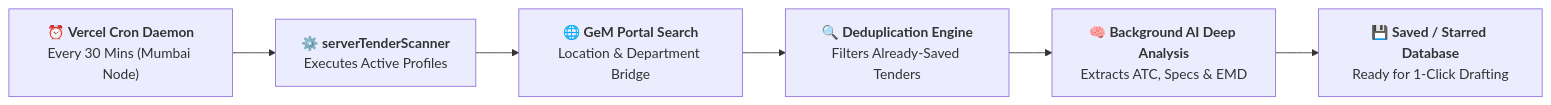
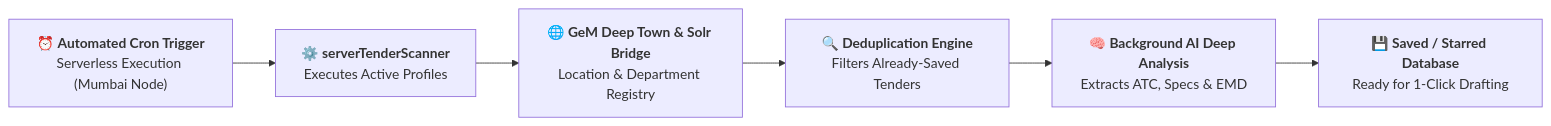
The third of 11 diagrams in README.md (Magraa/TenderFlow-AI), drawn with Mermaid before and after one commit. The commit also changed other lines of this file and 10 other files, not shown here.

Commit message:
feat: add hyper-localized state-district-town tender discovery & dynamic DOM-height PDF pagination engine

````diff
--- a/README.md
+++ b/README.md
@@ -204,8 +223,8 @@
 ```mermaid
 flowchart LR
-    CRON["⏰ <b>Vercel Cron Daemon</b><br/>Every 30 Mins (Mumbai Node)"] --> SCAN["⚙️ <b>serverTenderScanner</b><br/>Executes Active Profiles"]
-    SCAN --> GEM["🌐 <b>GeM Portal Search</b><br/>Location & Department Bridge"]
+    CRON["⏰ <b>Automated Cron Trigger</b><br/>Serverless Execution (Mumbai Node)"] --> SCAN["⚙️ <b>serverTenderScanner</b><br/>Executes Active Profiles"]
+    SCAN --> GEM["🌐 <b>GeM Deep Town & Solr Bridge</b><br/>Location & Department Registry"]
     GEM --> DEDUP["🔍 <b>Deduplication Engine</b><br/>Filters Already-Saved Tenders"]
     DEDUP --> AI["🧠 <b>Background AI Deep Analysis</b><br/>Extracts ATC, Specs & EMD"]
     AI --> STORE["💾 <b>Saved / Starred Database</b><br/>Ready for 1-Click Drafting"]
 ```
````
